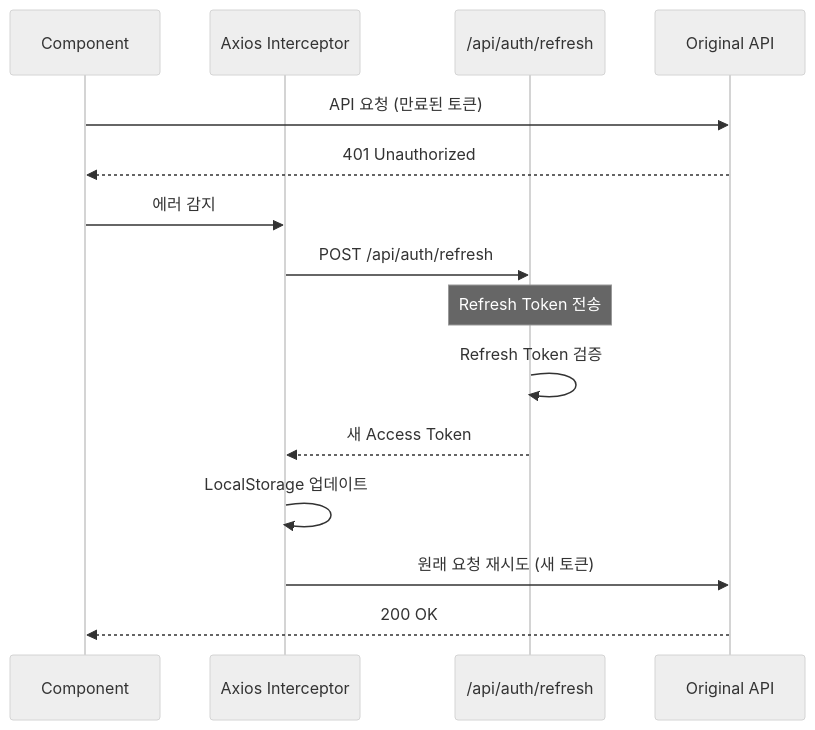
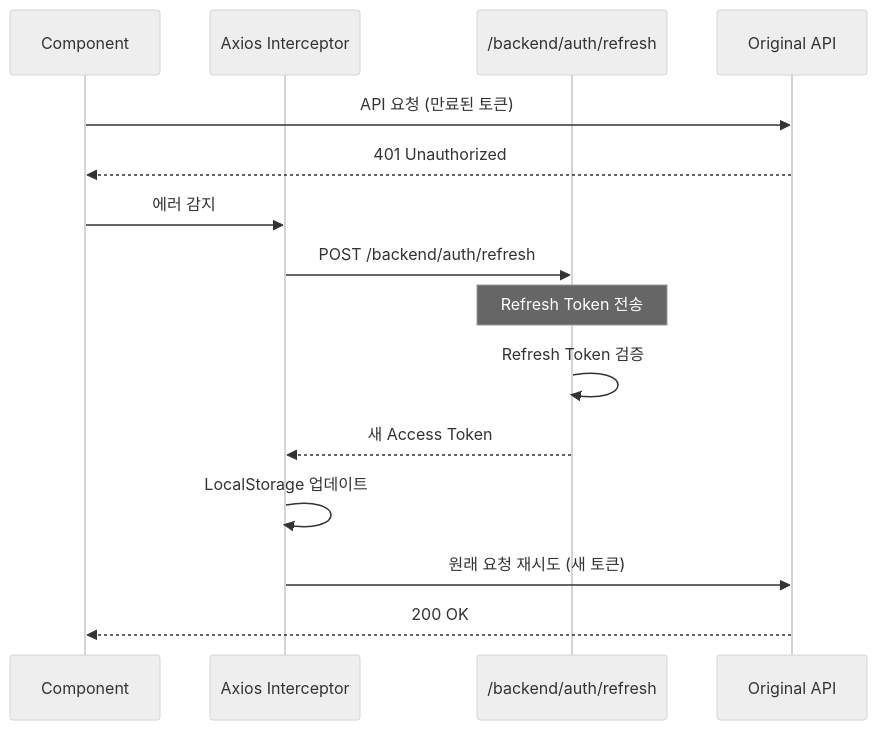
Before and after one commit to oopitzzz/WHATtodo: the eighth of 14 diagrams in docs/5-arch-diagram.md, drawn with Mermaid (neutral theme). The commit also changed other lines of this file and 3 other files, not shown here.

First line of the commit message:
docs: 디렉토리 경로 업데이트 - api/ → backend/, mockup/ → frontend/

````diff
--- a/docs/5-arch-diagram.md
+++ b/docs/5-arch-diagram.md
@@ -237,18 +237,18 @@
 ```mermaid
 sequenceDiagram
     participant UI as Component
     participant Interceptor as Axios Interceptor
-    participant Refresh as /api/auth/refresh
+    participant Refresh as /backend/auth/refresh
     participant API as Original API
 
     UI->>API: API 요청 (만료된 토큰)
     API-->>UI: 401 Unauthorized
     UI->>Interceptor: 에러 감지
-    Interceptor->>Refresh: POST /api/auth/refresh
+    Interceptor->>Refresh: POST /backend/auth/refresh
     Note over Refresh: Refresh Token 전송
     Refresh->>Refresh: Refresh Token 검증
     Refresh-->>Interceptor: 새 Access Token
     Interceptor->>Interceptor: LocalStorage 업데이트
     Interceptor->>API: 원래 요청 재시도 (새 토큰)
     API-->>UI: 200 OK
 ```
````
